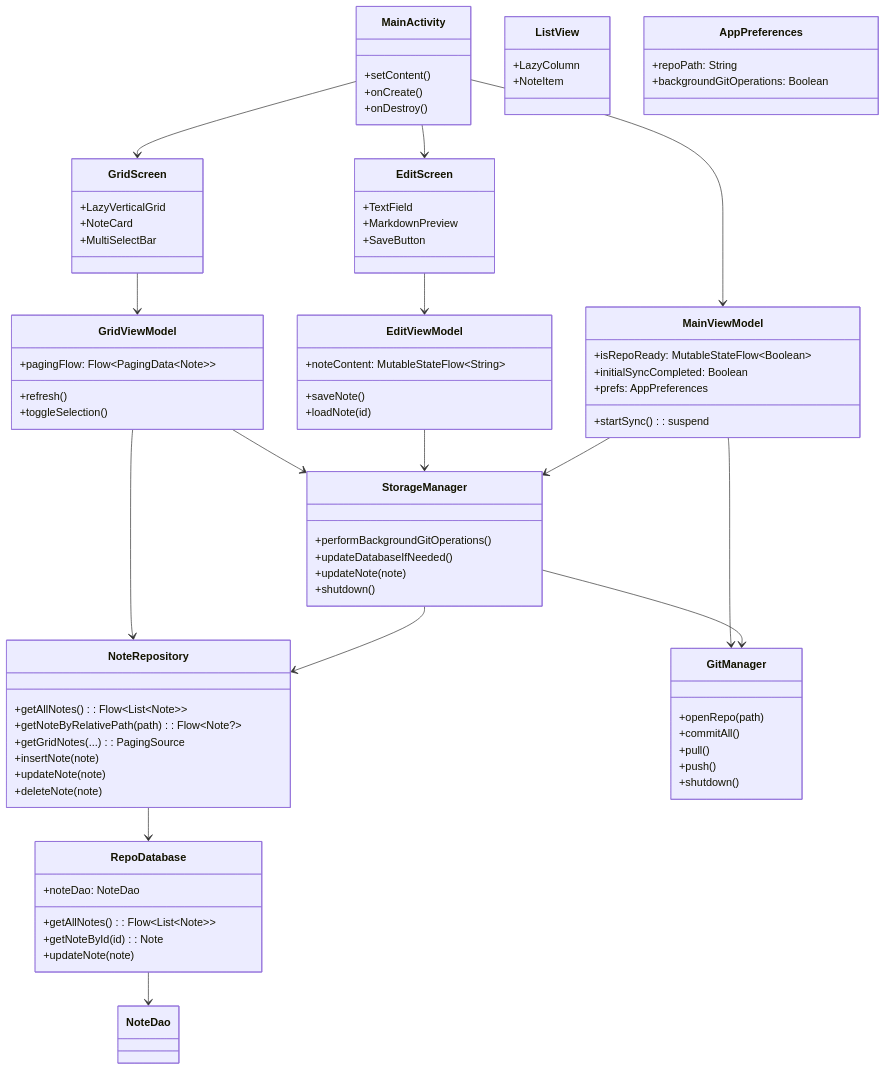
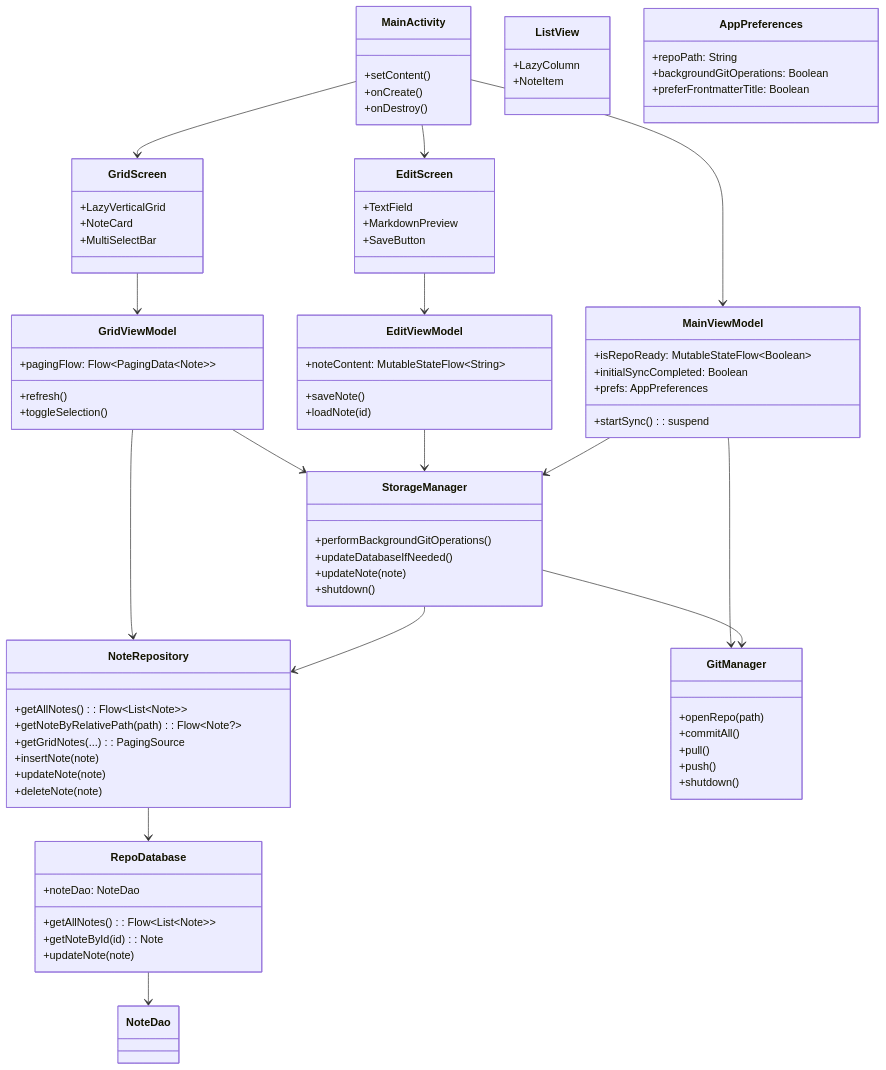
Before and after one commit to christianjann/gitnote: the first of 2 diagrams in doc/design/app_architecture.md, drawn with Mermaid. The commit also changed 15 other files, not shown here.

```diff
--- a/doc/design/app_architecture.md
+++ b/doc/design/app_architecture.md
@@ -96,6 +96,7 @@
     class AppPreferences {
         +repoPath: String
         +backgroundGitOperations: Boolean
+        +preferFrontmatterTitle: Boolean
     }
 
     MainActivity --> MainViewModel
```
